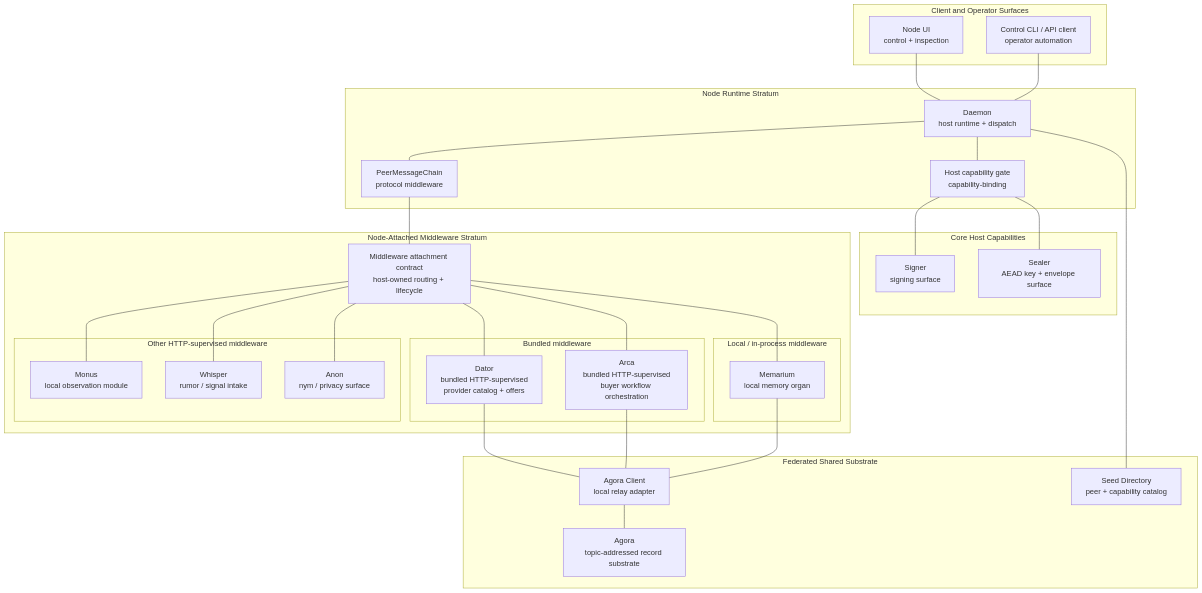
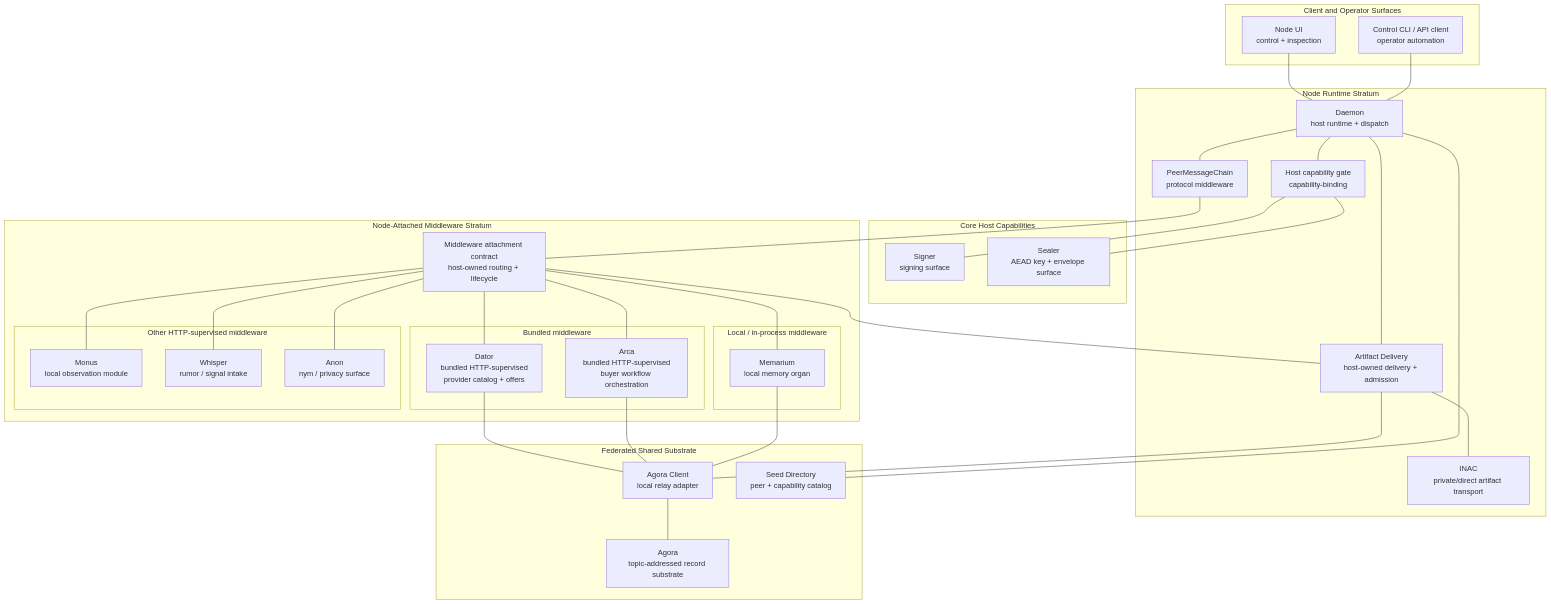
The diagram in doc/diagrams/architecture/orbiplex-root-component-map.md (diapod/orbidocs), drawn with Mermaid before and after one commit. The commit also changed other lines of this file and 3 other files, not shown here.

Commit message:
Artifact Delivery / INAC: diagrams updated

```diff
--- a/doc/diagrams/architecture/orbiplex-root-component-map.md
+++ b/doc/diagrams/architecture/orbiplex-root-component-map.md
@@ -18,6 +18,8 @@
     Daemon["Daemon<br/>host runtime + dispatch"]
     Gate["Host capability gate<br/>capability-binding"]
     PeerChain["PeerMessageChain<br/>protocol middleware"]
+    ArtifactDelivery["Artifact Delivery<br/>host-owned delivery + admission"]
+    INAC["INAC<br/>private/direct artifact transport"]
   end
 
   subgraph CoreCapabilities["Core Host Capabilities"]
@@ -54,6 +56,8 @@
   Control --- Daemon
   Daemon --- Gate
   Daemon --- PeerChain
+  Daemon --- ArtifactDelivery
+  ArtifactDelivery --- INAC
   Gate --- Signer
   Gate --- Sealer
   PeerChain --- Middleware
@@ -66,12 +70,16 @@
   Dator --- AgoraClient
   Arca --- AgoraClient
   Memarium --- AgoraClient
+  Middleware --- ArtifactDelivery
+  ArtifactDelivery --- AgoraClient
   AgoraClient --- Agora
   Daemon --- SeedDirectory
 
   click UI "../../../project/60-solutions/node-ui/" "Orbiplex Node UI"
   click Daemon "../../../project/60-solutions/node/" "Orbiplex Node"
   click Gate "../../../project/60-solutions/capability-binding/" "Capability Binding"
+  click ArtifactDelivery "../../../project/60-solutions/023-artifact-delivery/023-artifact-delivery/" "Artifact Delivery"
+  click INAC "../../../project/60-solutions/017-inter-node-artifact-channel/017-inter-node-artifact-channel/" "Inter-Node Artifact Channel"
   click Signer "../../../project/40-proposals/037-generic-signing-service/" "Generic Signing Service"
   click Sealer "../../../project/60-solutions/sealer/" "Sealer"
   click Memarium "../../../project/60-solutions/memarium/" "Memarium"
```
